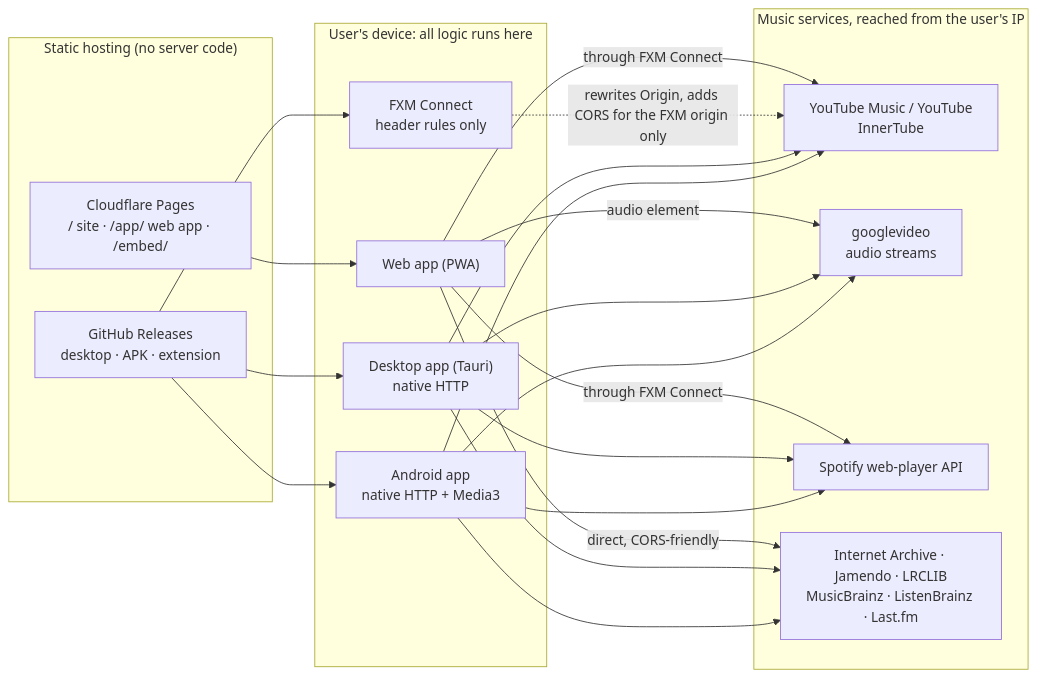
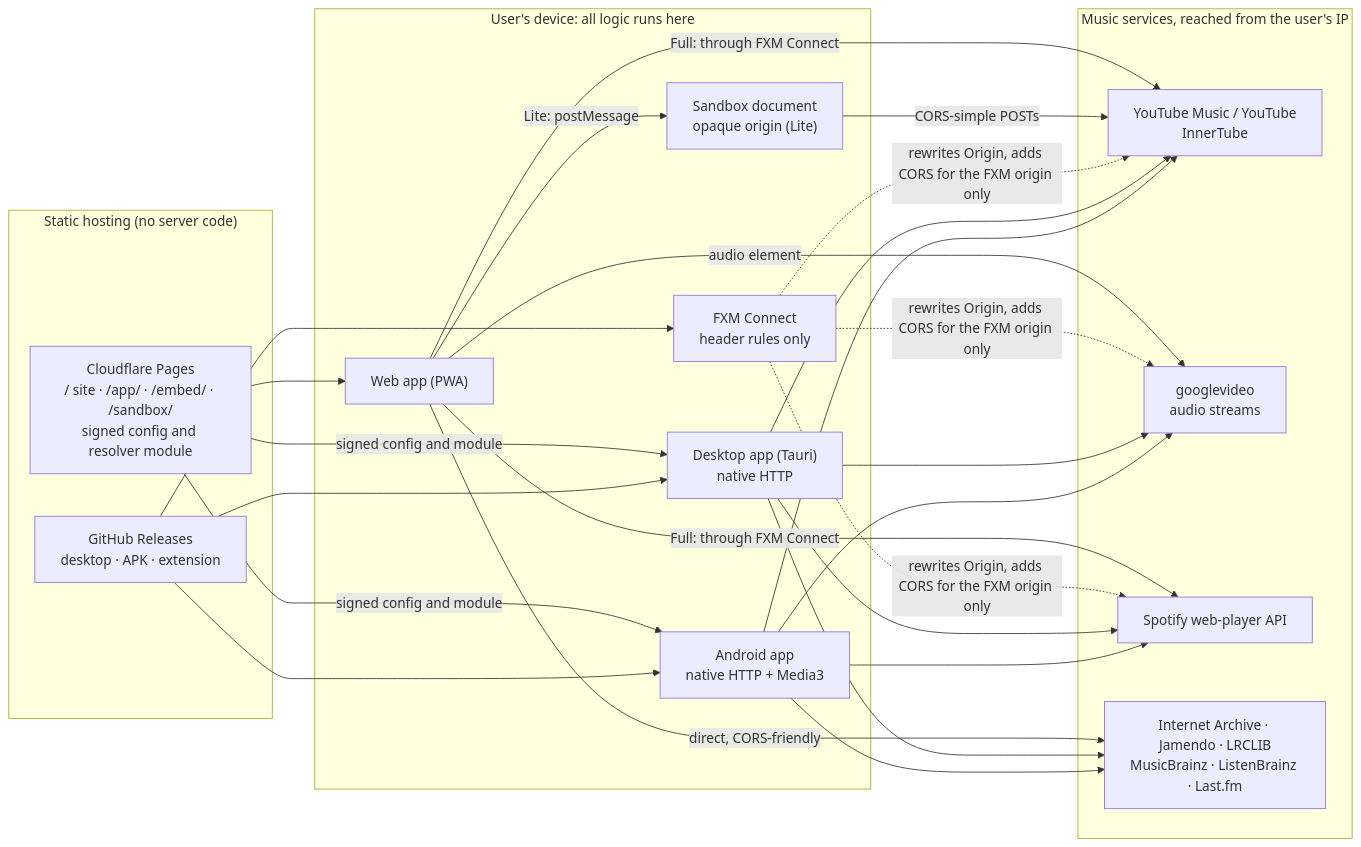
Before and after one commit to Pratyay-ops/FXM: the diagram in docs/ARCHITECTURE.md, drawn with Mermaid. The commit also changed other lines of this file, not shown here.

````diff
--- a/docs/ARCHITECTURE.md
+++ b/docs/ARCHITECTURE.md
@@ -148,27 +192,31 @@
 ```mermaid
 flowchart LR
   subgraph Static ["Static hosting (no server code)"]
-    PAGES["Cloudflare Pages<br/>/ site · /app/ web app · /embed/"]
+    PAGES["Cloudflare Pages<br/>/ site · /app/ · /embed/ · /sandbox/<br/>signed config and resolver module"]
     GH["GitHub Releases<br/>desktop · APK · extension"]
   end
   subgraph Device ["User's device: all logic runs here"]
     WEB["Web app (PWA)"]
+    SBX["Sandbox document<br/>opaque origin (Lite)"]
     EXT["FXM Connect<br/>header rules only"]
     DESK["Desktop app (Tauri)<br/>native HTTP"]
     AND["Android app<br/>native HTTP + Media3"]
   end
   subgraph Services ["Music services, reached from the user's IP"]
     YT["YouTube Music / YouTube<br/>InnerTube"]
     GV["googlevideo<br/>audio streams"]
     SP["Spotify web-player API"]
     FREE["Internet Archive · Jamendo · LRCLIB<br/>MusicBrainz · ListenBrainz · Last.fm"]
   end
   PAGES --> WEB
+  PAGES -->|"signed config and module"| DESK & AND
   GH --> DESK & AND & EXT
-  WEB -->|"through FXM Connect"| YT & SP
+  WEB -->|"Full: through FXM Connect"| YT & SP
+  WEB -->|"Lite: postMessage"| SBX
+  SBX -->|"CORS-simple POSTs"| YT
   WEB -->|"audio element"| GV
   WEB -->|"direct, CORS-friendly"| FREE
-  EXT -.->|"rewrites Origin, adds CORS for the FXM origin only"| YT
+  EXT -.->|"rewrites Origin, adds CORS for the FXM origin only"| YT & GV & SP
   DESK --> YT & GV & SP & FREE
   AND --> YT & GV & SP & FREE
 ```
````
